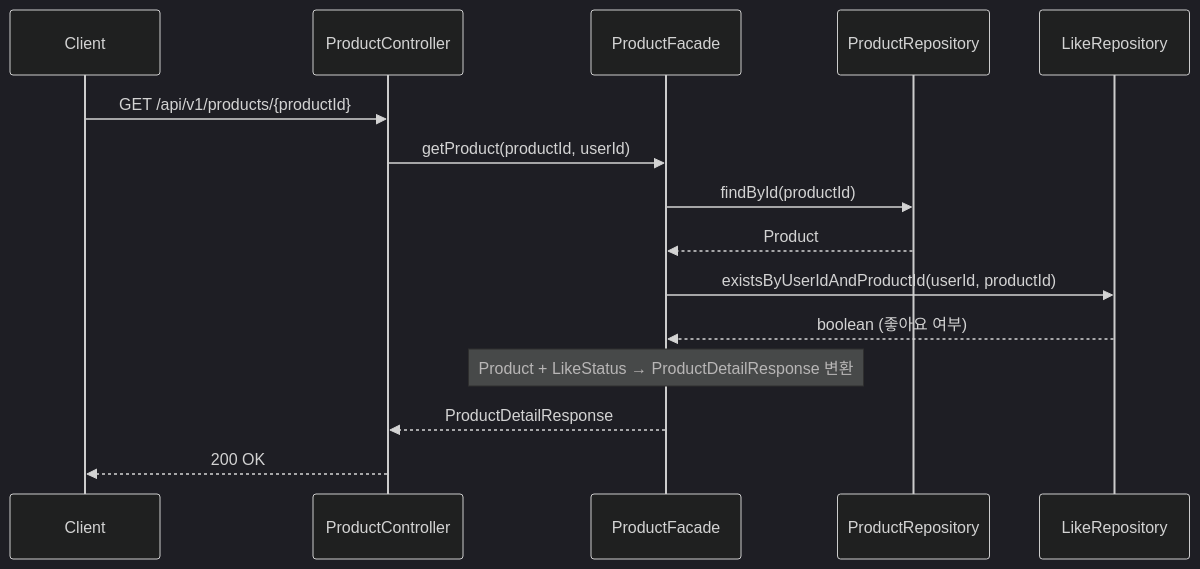
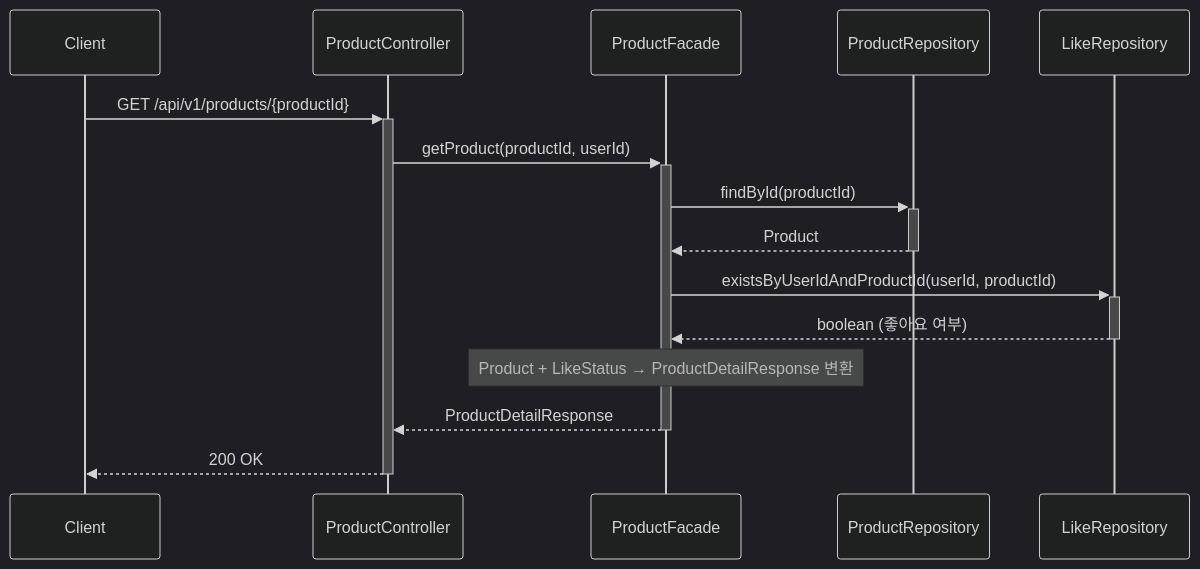
The second of 16 diagrams in docs/week2/02-sequence-diagrams.md (Loopers-dev-lab/loopers-spring-java-template), drawn with Mermaid (dark theme) before and after one commit. The commit also changed other lines of this file, not shown here.

Commit message:
docs: 시퀀스 다이어그램 activation bar 추가

````diff
--- a/docs/week2/02-sequence-diagrams.md
+++ b/docs/week2/02-sequence-diagrams.md
@@ -83,23 +83,23 @@
 ```mermaid
 sequenceDiagram
     participant Client
     participant ProductController
     participant ProductFacade
     participant ProductRepository
     participant LikeRepository
 
-    Client->>ProductController: GET /api/v1/products/{productId}
+    Client->>+ProductController: GET /api/v1/products/{productId}
 
-    ProductController->>ProductFacade: getProduct(productId, userId)
+    ProductController->>+ProductFacade: getProduct(productId, userId)
 
-    ProductFacade->>ProductRepository: findById(productId)
-    ProductRepository-->>ProductFacade: Product
+    ProductFacade->>+ProductRepository: findById(productId)
+    ProductRepository-->>-ProductFacade: Product
 
-    ProductFacade->>LikeRepository: existsByUserIdAndProductId(userId, productId)
-    LikeRepository-->>ProductFacade: boolean (좋아요 여부)
+    ProductFacade->>+LikeRepository: existsByUserIdAndProductId(userId, productId)
+    LikeRepository-->>-ProductFacade: boolean (좋아요 여부)
 
     Note over ProductFacade: Product + LikeStatus → ProductDetailResponse 변환
 
-    ProductFacade-->>ProductController: ProductDetailResponse
-    ProductController-->>Client: 200 OK
+    ProductFacade-->>-ProductController: ProductDetailResponse
+    ProductController-->>-Client: 200 OK
 ```
````
